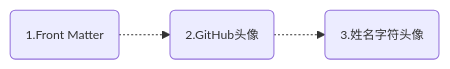
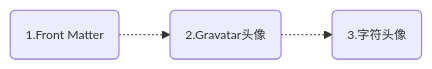
Before and after one commit to jaywhj/jaywhj.github.io: the third of 3 diagrams in docs/document-dates-zh.md, drawn with Mermaid. The commit also changed other lines of this file and 6 other files, not shown here.

````diff
--- a/docs/document-dates-zh.md
+++ b/docs/document-dates-zh.md
@@ -221,8 +223,8 @@
 ```mermaid
 %%{init: {'theme': 'default', 'themeVariables': {'fontSize': '12px'}}}%%
 flowchart LR
     A(1.Front Matter)
-    B(2.GitHub头像)
-    C(3.姓名字符头像)
+    B(2.Gravatar头像)
+    C(3.字符头像)
     A -.-> B -.-> C
 ```
````
